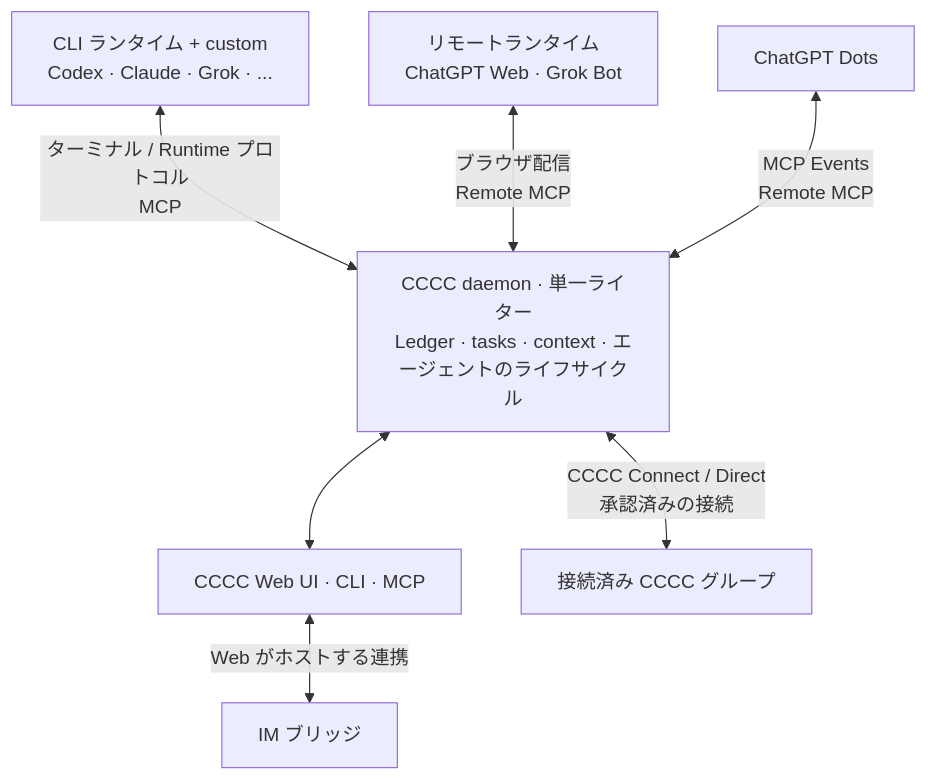
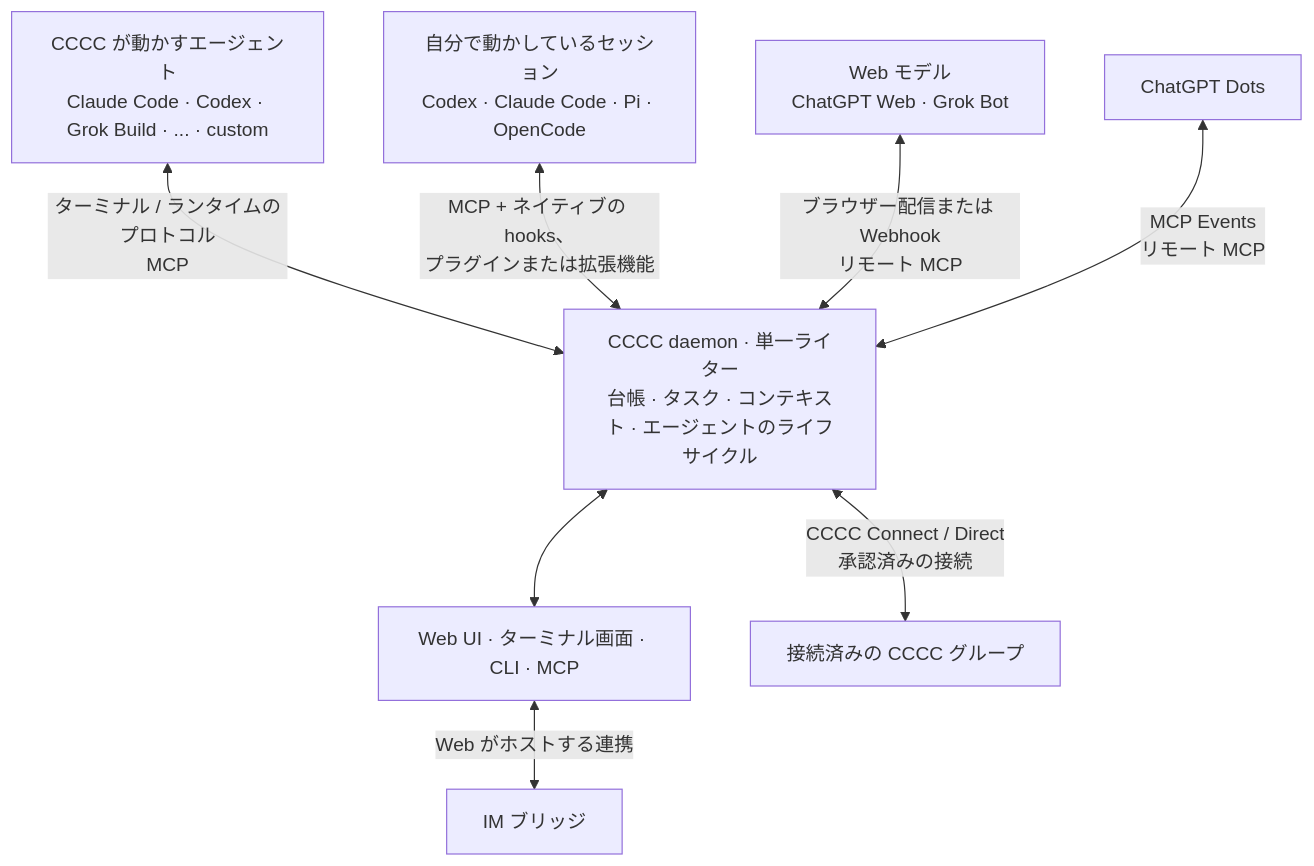
Before and after one commit to ChesterRa/cccc: the diagram in README.ja.md, drawn with Mermaid. The commit also changed other lines of this file and 59 other files, not shown here.

````diff
--- a/README.ja.md
+++ b/README.ja.md
@@ -192,17 +309,19 @@
 ```mermaid
 graph TB
-    A1["CLI ランタイム + custom<br/>Codex · Claude · Grok · ..."]
-    A3["リモートランタイム<br/>ChatGPT Web · Grok Bot"]
-    A6["ChatGPT Dots"]
-    Daemon["CCCC daemon · 単一ライター<br/>Ledger · tasks · context · エージェントのライフサイクル"]
-    Ports["CCCC Web UI · CLI · MCP"]
+    M["CCCC が動かすエージェント<br/>Claude Code · Codex · Grok Build · ... · custom"]
+    N["自分で動かしているセッション<br/>Codex · Claude Code · Pi · OpenCode"]
+    W["Web モデル<br/>ChatGPT Web · Grok Bot"]
+    D["ChatGPT Dots"]
+    Daemon["CCCC daemon · 単一ライター<br/>台帳 · タスク · コンテキスト · エージェントのライフサイクル"]
+    Ports["Web UI · ターミナル画面 · CLI · MCP"]
     IM["IM ブリッジ"]
-    Remote["接続済み CCCC グループ"]
+    Remote["接続済みの CCCC グループ"]
 
-    A1 <-->|ターミナル / Runtime プロトコル<br/>MCP| Daemon
-    A3 <-->|ブラウザ配信<br/>Remote MCP| Daemon
-    A6 <-->|MCP Events<br/>Remote MCP| Daemon
+    M <-->|ターミナル / ランタイムのプロトコル<br/>MCP| Daemon
+    N <-->|MCP + ネイティブの hooks、<br/>プラグインまたは拡張機能| Daemon
+    W <-->|ブラウザー配信または Webhook<br/>リモート MCP| Daemon
+    D <-->|MCP Events<br/>リモート MCP| Daemon
     Daemon <--> Ports
     Ports <-->|Web がホストする連携| IM
     Daemon <-->|CCCC Connect / Direct<br/>承認済みの接続| Remote
 ```
````
